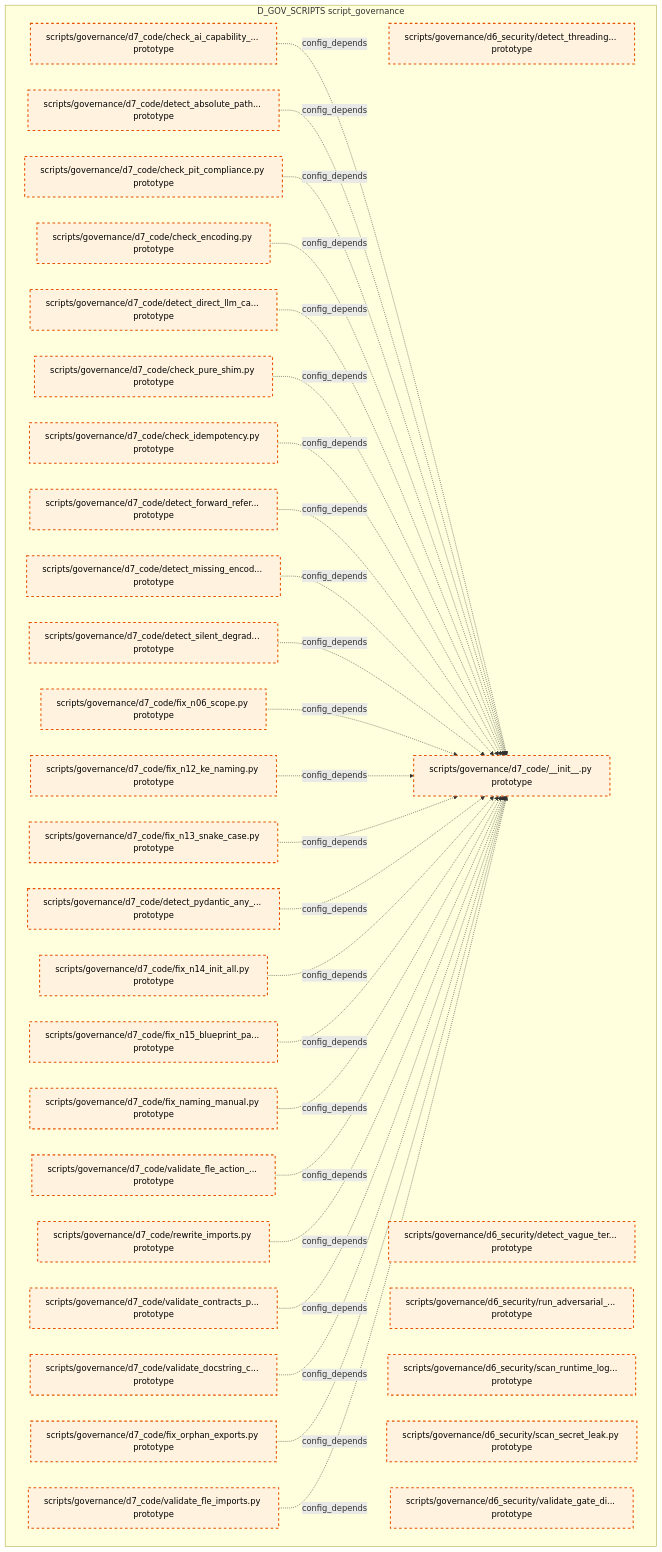
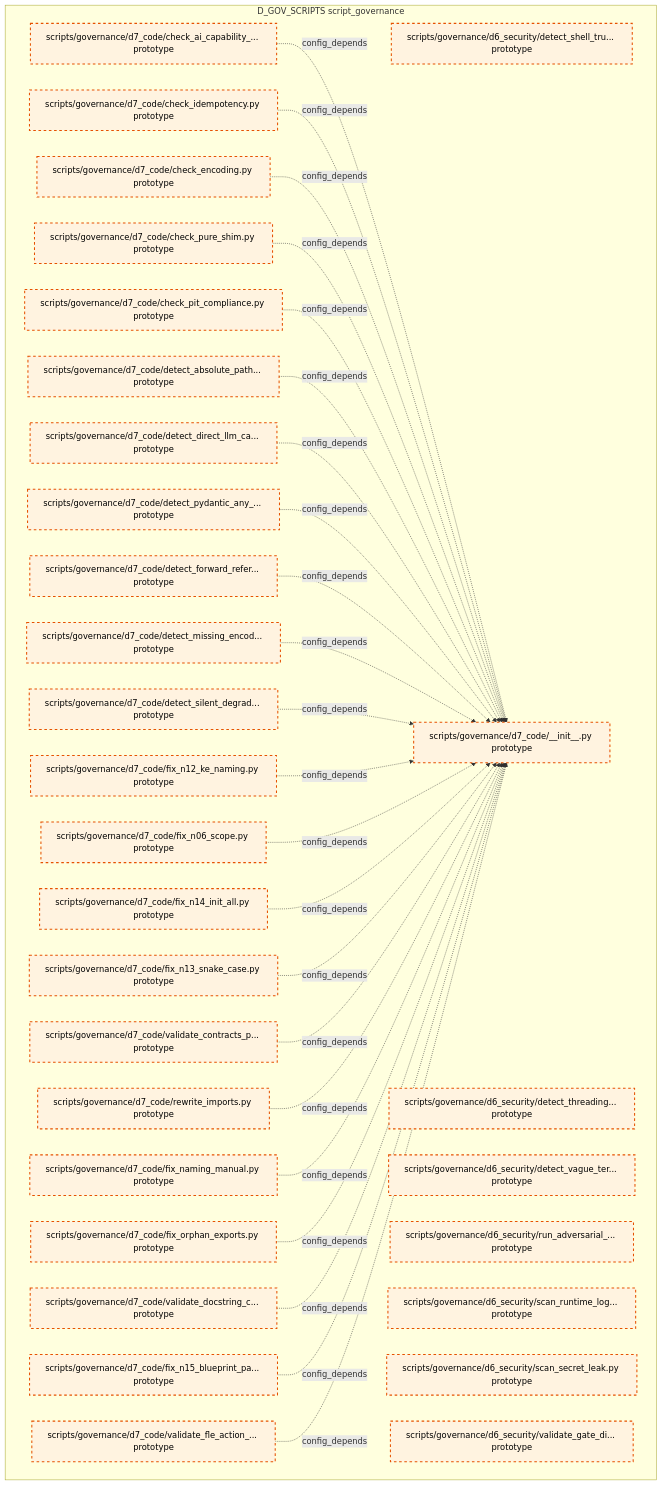
The tenth of 15 diagrams in docs/02_enterprise_architecture/02_domain_architecture_docs/36_d_gov_scripts.md (xuanFelixVan/ZephyrAlpha), drawn with Mermaid before and after one commit. The commit also changed other lines of this file and 99 other files, not shown here.

````diff
--- a/docs/02_enterprise_architecture/02_domain_architecture_docs/36_d_gov_scripts.md
+++ b/docs/02_enterprise_architecture/02_domain_architecture_docs/36_d_gov_scripts.md
@@ -688,63 +690,62 @@
 ```mermaid
 graph TD
     subgraph D_GOV_SCRIPTS["D_GOV_SCRIPTS script_governance"]
+        scripts_governance_d6_security_detect_shell_true_py["scripts/governance/d6_security/detect_shell_tru... prototype"]
         scripts_governance_d6_security_detect_threading_lock_py["scripts/governance/d6_security/detect_threading... prototype"]
         scripts_governance_d6_security_detect_vague_terms_py["scripts/governance/d6_security/detect_vague_ter... prototype"]
         scripts_governance_d6_security_run_adversarial_checks_py["scripts/governance/d6_security/run_adversarial_... prototype"]
         scripts_governance_d6_security_scan_runtime_log_secrets_py["scripts/governance/d6_security/scan_runtime_log... prototype"]
         scripts_governance_d6_security_scan_secret_leak_py["scripts/governance/d6_security/scan_secret_leak.py prototype"]
         scripts_governance_d6_security_validate_gate_discipline_py["scripts/governance/d6_security/validate_gate_di... prototype"]
         scripts_governance_d7_code_init_py["scripts/governance/d7_code/__init__.py prototype"]
         scripts_governance_d7_code_check_ai_capability_boundary_py["scripts/governance/d7_code/check_ai_capability_... prototype"]
         scripts_governance_d7_code_check_encoding_py["scripts/governance/d7_code/check_encoding.py prototype"]
         scripts_governance_d7_code_check_idempotency_py["scripts/governance/d7_code/check_idempotency.py prototype"]
         scripts_governance_d7_code_check_pit_compliance_py["scripts/governance/d7_code/check_pit_compliance.py prototype"]
         scripts_governance_d7_code_check_pure_shim_py["scripts/governance/d7_code/check_pure_shim.py prototype"]
         scripts_governance_d7_code_detect_absolute_path_hardcoding_py["scripts/governance/d7_code/detect_absolute_path... prototype"]
         scripts_governance_d7_code_detect_direct_llm_calls_py["scripts/governance/d7_code/detect_direct_llm_ca... prototype"]
         scripts_governance_d7_code_detect_forward_reference_py["scripts/governance/d7_code/detect_forward_refer... prototype"]
         scripts_governance_d7_code_detect_missing_encoding_py["scripts/governance/d7_code/detect_missing_encod... prototype"]
         scripts_governance_d7_code_detect_pydantic_any_fields_py["scripts/governance/d7_code/detect_pydantic_any_... prototype"]
         scripts_governance_d7_code_detect_silent_degradation_py["scripts/governance/d7_code/detect_silent_degrad... prototype"]
         scripts_governance_d7_code_fix_n06_scope_py["scripts/governance/d7_code/fix_n06_scope.py prototype"]
         scripts_governance_d7_code_fix_n12_ke_naming_py["scripts/governance/d7_code/fix_n12_ke_naming.py prototype"]
         scripts_governance_d7_code_fix_n13_snake_case_py["scripts/governance/d7_code/fix_n13_snake_case.py prototype"]
         scripts_governance_d7_code_fix_n14_init_all_py["scripts/governance/d7_code/fix_n14_init_all.py prototype"]
         scripts_governance_d7_code_fix_n15_blueprint_path_py["scripts/governance/d7_code/fix_n15_blueprint_pa... prototype"]
         scripts_governance_d7_code_fix_naming_manual_py["scripts/governance/d7_code/fix_naming_manual.py prototype"]
         scripts_governance_d7_code_fix_orphan_exports_py["scripts/governance/d7_code/fix_orphan_exports.py prototype"]
         scripts_governance_d7_code_rewrite_imports_py["scripts/governance/d7_code/rewrite_imports.py prototype"]
         scripts_governance_d7_code_validate_contracts_purity_py["scripts/governance/d7_code/validate_contracts_p... prototype"]
         scripts_governance_d7_code_validate_docstring_coverage_py["scripts/governance/d7_code/validate_docstring_c... prototype"]
         scripts_governance_d7_code_validate_fle_action_metadata_py["scripts/governance/d7_code/validate_fle_action_... prototype"]
-        scripts_governance_d7_code_validate_fle_imports_py["scripts/governance/d7_code/validate_fle_imports.py prototype"]
     end
     scripts_governance_d7_code_check_ai_capability_boundary_py -.->|config_depends| scripts_governance_d7_code_init_py
+    scripts_governance_d7_code_check_idempotency_py -.->|config_depends| scripts_governance_d7_code_init_py
+    scripts_governance_d7_code_check_encoding_py -.->|config_depends| scripts_governance_d7_code_init_py
+    scripts_governance_d7_code_check_pure_shim_py -.->|config_depends| scripts_governance_d7_code_init_py
+    scripts_governance_d7_code_check_pit_compliance_py -.->|config_depends| scripts_governance_d7_code_init_py
     scripts_governance_d7_code_detect_absolute_path_hardcoding_py -.->|config_depends| scripts_governance_d7_code_init_py
-    scripts_governance_d7_code_check_pit_compliance_py -.->|config_depends| scripts_governance_d7_code_init_py
-    scripts_governance_d7_code_check_encoding_py -.->|config_depends| scripts_governance_d7_code_init_py
     scripts_governance_d7_code_detect_direct_llm_calls_py -.->|config_depends| scripts_governance_d7_code_init_py
-    scripts_governance_d7_code_check_pure_shim_py -.->|config_depends| scripts_governance_d7_code_init_py
-    scripts_governance_d7_code_check_idempotency_py -.->|config_depends| scripts_governance_d7_code_init_py
+    scripts_governance_d7_code_detect_pydantic_any_fields_py -.->|config_depends| scripts_governance_d7_code_init_py
     scripts_governance_d7_code_detect_forward_reference_py -.->|config_depends| scripts_governance_d7_code_init_py
     scripts_governance_d7_code_detect_missing_encoding_py -.->|config_depends| scripts_governance_d7_code_init_py
     scripts_governance_d7_code_detect_silent_degradation_py -.->|config_depends| scripts_governance_d7_code_init_py
+    scripts_governance_d7_code_fix_n12_ke_naming_py -.->|config_depends| scripts_governance_d7_code_init_py
     scripts_governance_d7_code_fix_n06_scope_py -.->|config_depends| scripts_governance_d7_code_init_py
-    scripts_governance_d7_code_fix_n12_ke_naming_py -.->|config_depends| scripts_governance_d7_code_init_py
+    scripts_governance_d7_code_fix_n14_init_all_py -.->|config_depends| scripts_governance_d7_code_init_py
     scripts_governance_d7_code_fix_n13_snake_case_py -.->|config_depends| scripts_governance_d7_code_init_py
-    scripts_governance_d7_code_detect_pydantic_any_fields_py -.->|config_depends| scripts_governance_d7_code_init_py
-    scripts_governance_d7_code_fix_n14_init_all_py -.->|config_depends| scripts_governance_d7_code_init_py
+    scripts_governance_d7_code_validate_contracts_purity_py -.->|config_depends| scripts_governance_d7_code_init_py
+    scripts_governance_d7_code_rewrite_imports_py -.->|config_depends| scripts_governance_d7_code_init_py
+    scripts_governance_d7_code_fix_naming_manual_py -.->|config_depends| scripts_governance_d7_code_init_py
+    scripts_governance_d7_code_fix_orphan_exports_py -.->|config_depends| scripts_governance_d7_code_init_py
+    scripts_governance_d7_code_validate_docstring_coverage_py -.->|config_depends| scripts_governance_d7_code_init_py
     scripts_governance_d7_code_fix_n15_blueprint_path_py -.->|config_depends| scripts_governance_d7_code_init_py
-    scripts_governance_d7_code_fix_naming_manual_py -.->|config_depends| scripts_governance_d7_code_init_py
     scripts_governance_d7_code_validate_fle_action_metadata_py -.->|config_depends| scripts_governance_d7_code_init_py
-    scripts_governance_d7_code_rewrite_imports_py -.->|config_depends| scripts_governance_d7_code_init_py
-    scripts_governance_d7_code_validate_contracts_purity_py -.->|config_depends| scripts_governance_d7_code_init_py
-    scripts_governance_d7_code_validate_docstring_coverage_py -.->|config_depends| scripts_governance_d7_code_init_py
-    scripts_governance_d7_code_fix_orphan_exports_py -.->|config_depends| scripts_governance_d7_code_init_py
-    scripts_governance_d7_code_validate_fle_imports_py -.->|config_depends| scripts_governance_d7_code_init_py
     classDef production fill:#e1f5fe,stroke:#01579b,stroke-width:2px,color:#000
     classDef design fill:#fff3e0,stroke:#e65100,stroke-width:2px,color:#000,stroke-dasharray: 5 5
     classDef external_prod fill:#e8f5e9,stroke:#1b5e20,stroke-width:1px,color:#000
     classDef external_design fill:#fce4ec,stroke:#880e4f,stroke-width:1px,color:#000,stroke-dasharray: 5 5
-    class scripts_governance_d6_security_detect_threading_lock_py,scripts_governance_d6_security_detect_vague_terms_py,scripts_governance_d6_security_run_adversarial_checks_py,scripts_governance_d6_security_scan_runtime_log_secrets_py,scripts_governance_d6_security_scan_secret_leak_py,scripts_governance_d6_security_validate_gate_discipline_py,scripts_governance_d7_code_init_py,scripts_governance_d7_code_check_ai_capability_boundary_py,scripts_governance_d7_code_check_encoding_py,scripts_governance_d7_code_check_idempotency_py,scripts_governance_d7_code_check_pit_compliance_py,scripts_governance_d7_code_check_pure_shim_py,scripts_governance_d7_code_detect_absolute_path_hardcoding_py,scripts_governance_d7_code_detect_direct_llm_calls_py,scripts_governance_d7_code_detect_forward_reference_py,scripts_governance_d7_code_detect_missing_encoding_py,scripts_governance_d7_code_detect_pydantic_any_fields_py,scripts_governance_d7_code_detect_silent_degradation_py,scripts_governance_d7_code_fix_n06_scope_py,scripts_governance_d7_code_fix_n12_ke_naming_py,scripts_governance_d7_code_fix_n13_snake_case_py,scripts_governance_d7_code_fix_n14_init_all_py,scripts_governance_d7_code_fix_n15_blueprint_path_py,scripts_governance_d7_code_fix_naming_manual_py,scripts_governance_d7_code_fix_orphan_exports_py,scripts_governance_d7_code_rewrite_imports_py,scripts_governance_d7_code_validate_contracts_purity_py,scripts_governance_d7_code_validate_docstring_coverage_py,scripts_governance_d7_code_validate_fle_action_metadata_py,scripts_governance_d7_code_validate_fle_imports_py design
+    class scripts_governance_d6_security_detect_shell_true_py,scripts_governance_d6_security_detect_threading_lock_py,scripts_governance_d6_security_detect_vague_terms_py,scripts_governance_d6_security_run_adversarial_checks_py,scripts_governance_d6_security_scan_runtime_log_secrets_py,scripts_governance_d6_security_scan_secret_leak_py,scripts_governance_d6_security_validate_gate_discipline_py,scripts_governance_d7_code_init_py,scripts_governance_d7_code_check_ai_capability_boundary_py,scripts_governance_d7_code_check_encoding_py,scripts_governance_d7_code_check_idempotency_py,scripts_governance_d7_code_check_pit_compliance_py,scripts_governance_d7_code_check_pure_shim_py,scripts_governance_d7_code_detect_absolute_path_hardcoding_py,scripts_governance_d7_code_detect_direct_llm_calls_py,scripts_governance_d7_code_detect_forward_reference_py,scripts_governance_d7_code_detect_missing_encoding_py,scripts_governance_d7_code_detect_pydantic_any_fields_py,scripts_governance_d7_code_detect_silent_degradation_py,scripts_governance_d7_code_fix_n06_scope_py,scripts_governance_d7_code_fix_n12_ke_naming_py,scripts_governance_d7_code_fix_n13_snake_case_py,scripts_governance_d7_code_fix_n14_init_all_py,scripts_governance_d7_code_fix_n15_blueprint_path_py,scripts_governance_d7_code_fix_naming_manual_py,scripts_governance_d7_code_fix_orphan_exports_py,scripts_governance_d7_code_rewrite_imports_py,scripts_governance_d7_code_validate_contracts_purity_py,scripts_governance_d7_code_validate_docstring_coverage_py,scripts_governance_d7_code_validate_fle_action_metadata_py design
 ```
````
